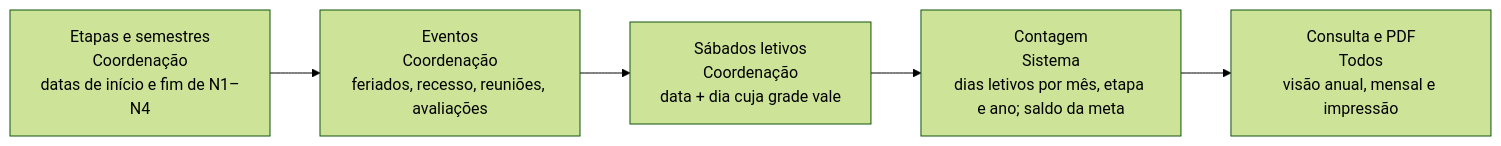
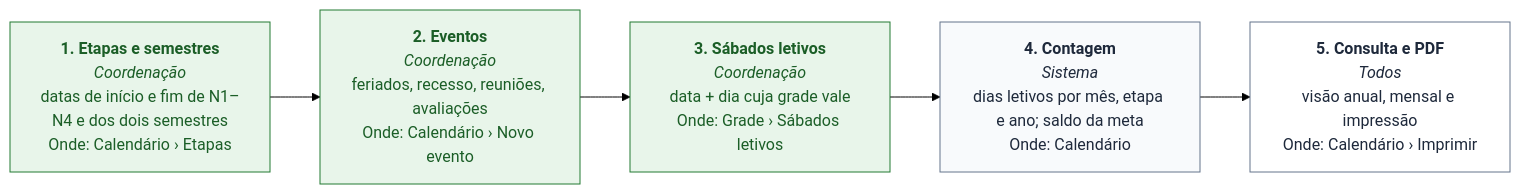
Before and after one commit to cctrc-bvg/sgc-redes-bvg: the second of 14 diagrams in docs/MANUAL_DO_USUARIO.md, drawn with Mermaid (forest theme). The commit also changed other lines of this file and 109 other files, not shown here.

````diff
--- a/docs/MANUAL_DO_USUARIO.md
+++ b/docs/MANUAL_DO_USUARIO.md
@@ -116,12 +134,17 @@
 ```mermaid
 flowchart LR
-  E0["Etapas e semestres<br/>Coordenação<br/>datas de início e fim de N1–N4"]
-  E1["Eventos<br/>Coordenação<br/>feriados, recesso, reuniões, avaliações"]
+  classDef gestao fill:#e8f5ea,stroke:#237a32,color:#1b5e27
+  classDef docencia fill:#e8f0fb,stroke:#1d5fb8,color:#174a8f
+  classDef setor fill:#fffbeb,stroke:#d97706,color:#78350f
+  classDef sistema fill:#f8fafc,stroke:#64748b,color:#1e293b
+  classDef todos fill:#ffffff,stroke:#64748b,color:#1e293b
+  E0["<b>1. Etapas e semestres</b><br/><i>Coordenação</i><br/>datas de início e fim de N1–N4 e dos dois semestres<br/>Onde: Calendário › Etapas"]:::gestao
+  E1["<b>2. Eventos</b><br/><i>Coordenação</i><br/>feriados, recesso, reuniões, avaliações<br/>Onde: Calendário › Novo evento"]:::gestao
   E0 --> E1
-  E2["Sábados letivos<br/>Coordenação<br/>data + dia cuja grade vale"]
+  E2["<b>3. Sábados letivos</b><br/><i>Coordenação</i><br/>data + dia cuja grade vale<br/>Onde: Grade › Sábados letivos"]:::gestao
   E1 --> E2
-  E3["Contagem<br/>Sistema<br/>dias letivos por mês, etapa e ano; saldo da meta"]
+  E3["<b>4. Contagem</b><br/><i>Sistema</i><br/>dias letivos por mês, etapa e ano; saldo da meta<br/>Onde: Calendário"]:::sistema
   E2 --> E3
-  E4["Consulta e PDF<br/>Todos<br/>visão anual, mensal e impressão"]
+  E4["<b>5. Consulta e PDF</b><br/><i>Todos</i><br/>visão anual, mensal e impressão<br/>Onde: Calendário › Imprimir"]:::todos
   E3 --> E4
 ```
````
